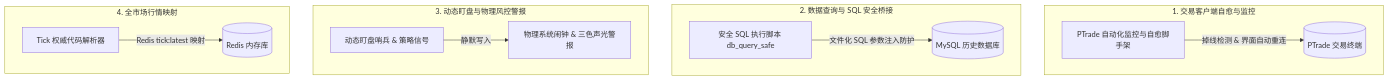
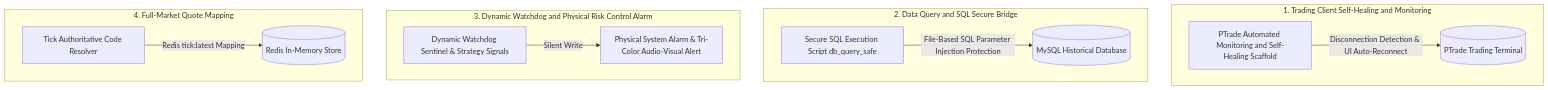
One commit to cky9/portfolio changed the diagram in 04_realtime_systems/11_quant_devops_tick_resolver_utilities.md. Above: the diagram before and after it, drawn with Mermaid. The commit also changed other lines of this file and 72 other files, not shown here.

````diff
--- a/04_realtime_systems/11_quant_devops_tick_resolver_utilities.md
+++ b/04_realtime_systems/11_quant_devops_tick_resolver_utilities.md
@@ -16,18 +14,18 @@
 ```mermaid
 graph TD
-    subgraph 1. 交易客户端自愈与监控
-        PTrade_Mon[PTrade 自动化监控与自愈脚手架] -->|掉线检测 & 界面自动重连| Client[(PTrade 交易终端)]
+    subgraph 1. Trading Client Self-Healing and Monitoring
+        PTrade_Mon[PTrade Automated Monitoring and Self-Healing Scaffold] -->|Disconnection Detection & UI Auto-Reconnect| Client[(PTrade Trading Terminal)]
     end
 
-    subgraph 2. 数据查询与 SQL 安全桥接
-        SQL_Runner[安全 SQL 执行脚本 db_query_safe] -->|文件化 SQL 参数注入防护| MySQL[(MySQL 历史数据库)]
+    subgraph 2. Data Query and SQL Secure Bridge
+        SQL_Runner[Secure SQL Execution Script db_query_safe] -->|File-Based SQL Parameter Injection Protection| MySQL[(MySQL Historical Database)]
     end
 
-    subgraph 3. 动态盯盘与物理风控警报
-        Watchdog[动态盯盘哨兵 & 策略信号] -->|静默写入| Alarm[物理系统闹钟 & 三色声光警报]
+    subgraph 3. Dynamic Watchdog and Physical Risk Control Alarm
+        Watchdog[Dynamic Watchdog Sentinel & Strategy Signals] -->|Silent Write| Alarm[Physical System Alarm & Tri-Color Audio-Visual Alert]
     end
 
-    subgraph 4. 全市场行情映射
-        Resolver[Tick 权威代码解析器] -->|Redis tick:latest 映射| Redis[(Redis 内存库)]
+    subgraph 4. Full-Market Quote Mapping
+        Resolver[Tick Authoritative Code Resolver] -->|Redis tick:latest Mapping| Redis[(Redis In-Memory Store)]
     end
 ```
````
